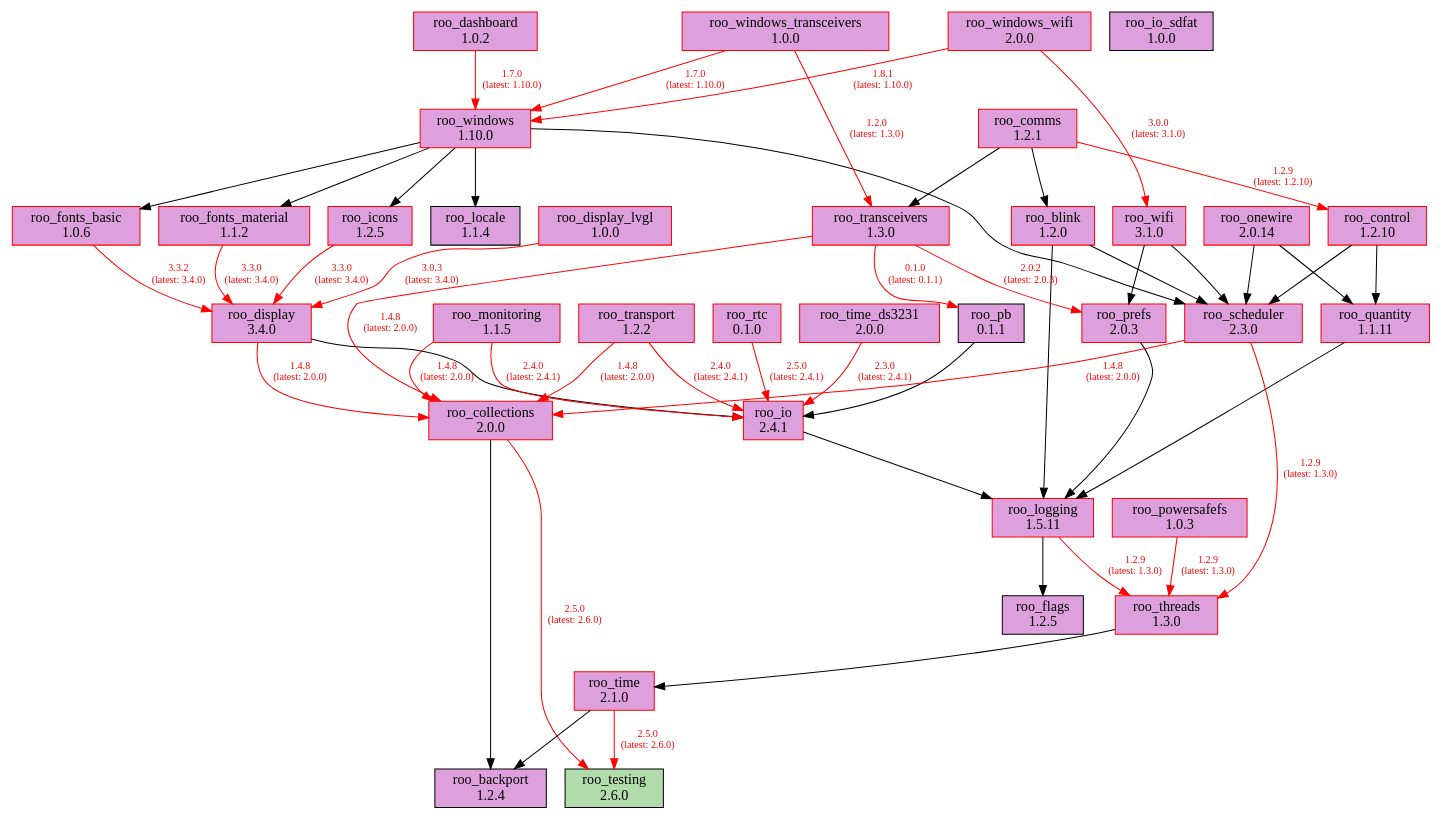
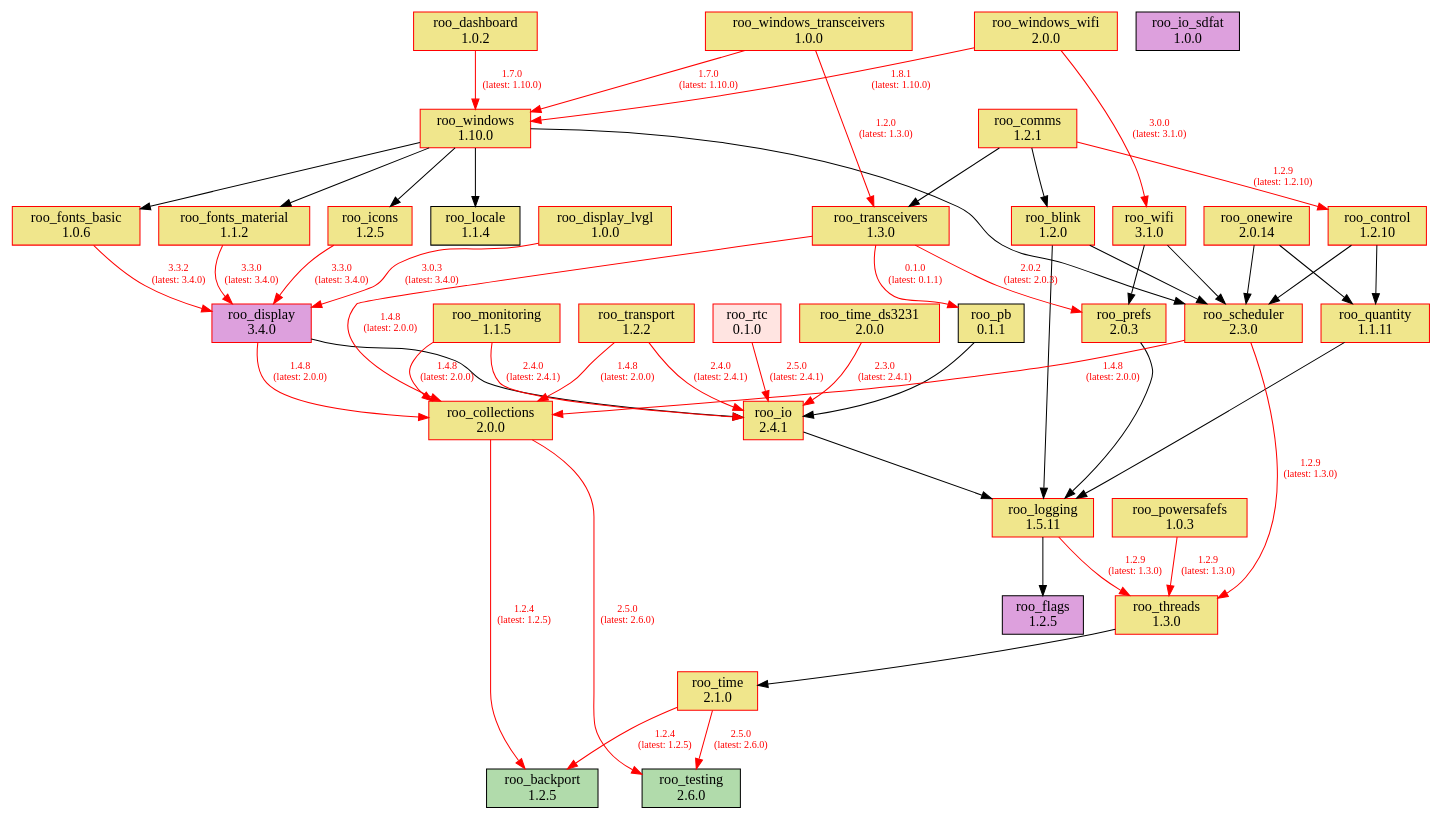
One commit to dejwk/roo-registry changed the diagram in doc/dependencies.dot. Above: the diagram before and after it, drawn with Graphviz. The commit also changed 3 other files, not shown here.

Commit message:
Added roo_backport 1.2.5 to the registry.

```diff
--- a/doc/dependencies.dot
+++ b/doc/dependencies.dot
@@ -1,93 +1,93 @@
 digraph dependencies {
     rankdir=TB;
     node [shape=box, style=filled];
     edge [fontsize=10];
 
     // Modules
-    "roo_backport" [label="roo_backport\n1.2.4", fillcolor="plum", color="black"];
-    "roo_blink" [label="roo_blink\n1.2.0", fillcolor="plum", color="red"];
-    "roo_collections" [label="roo_collections\n2.0.0", fillcolor="plum", color="red"];
-    "roo_comms" [label="roo_comms\n1.2.1", fillcolor="plum", color="red"];
-    "roo_control" [label="roo_control\n1.2.10", fillcolor="plum", color="red"];
-    "roo_dashboard" [label="roo_dashboard\n1.0.2", fillcolor="plum", color="red"];
+    "roo_backport" [label="roo_backport\n1.2.5", fillcolor="#b1dbab", color="black"];
+    "roo_blink" [label="roo_blink\n1.2.0", fillcolor="khaki", color="red"];
+    "roo_collections" [label="roo_collections\n2.0.0", fillcolor="khaki", color="red"];
+    "roo_comms" [label="roo_comms\n1.2.1", fillcolor="khaki", color="red"];
+    "roo_control" [label="roo_control\n1.2.10", fillcolor="khaki", color="red"];
+    "roo_dashboard" [label="roo_dashboard\n1.0.2", fillcolor="khaki", color="red"];
     "roo_display" [label="roo_display\n3.4.0", fillcolor="plum", color="red"];
-    "roo_display_lvgl" [label="roo_display_lvgl\n1.0.0", fillcolor="plum", color="red"];
+    "roo_display_lvgl" [label="roo_display_lvgl\n1.0.0", fillcolor="khaki", color="red"];
     "roo_flags" [label="roo_flags\n1.2.5", fillcolor="plum", color="black"];
-    "roo_fonts_basic" [label="roo_fonts_basic\n1.0.6", fillcolor="plum", color="red"];
-    "roo_fonts_material" [label="roo_fonts_material\n1.1.2", fillcolor="plum", color="red"];
-    "roo_icons" [label="roo_icons\n1.2.5", fillcolor="plum", color="red"];
-    "roo_io" [label="roo_io\n2.4.1", fillcolor="plum", color="red"];
+    "roo_fonts_basic" [label="roo_fonts_basic\n1.0.6", fillcolor="khaki", color="red"];
+    "roo_fonts_material" [label="roo_fonts_material\n1.1.2", fillcolor="khaki", color="red"];
+    "roo_icons" [label="roo_icons\n1.2.5", fillcolor="khaki", color="red"];
+    "roo_io" [label="roo_io\n2.4.1", fillcolor="khaki", color="red"];
     "roo_io_sdfat" [label="roo_io_sdfat\n1.0.0", fillcolor="plum", color="black"];
-    "roo_locale" [label="roo_locale\n1.1.4", fillcolor="plum", color="black"];
-    "roo_logging" [label="roo_logging\n1.5.11", fillcolor="plum", color="red"];
-    "roo_monitoring" [label="roo_monitoring\n1.1.5", fillcolor="plum", color="red"];
-    "roo_onewire" [label="roo_onewire\n2.0.14", fillcolor="plum", color="red"];
-    "roo_pb" [label="roo_pb\n0.1.1", fillcolor="plum", color="black"];
-    "roo_powersafefs" [label="roo_powersafefs\n1.0.3", fillcolor="plum", color="red"];
-    "roo_prefs" [label="roo_prefs\n2.0.3", fillcolor="plum", color="red"];
-    "roo_quantity" [label="roo_quantity\n1.1.11", fillcolor="plum", color="red"];
-    "roo_rtc" [label="roo_rtc\n0.1.0", fillcolor="plum", color="red"];
-    "roo_scheduler" [label="roo_scheduler\n2.3.0", fillcolor="plum", color="red"];
+    "roo_locale" [label="roo_locale\n1.1.4", fillcolor="khaki", color="black"];
+    "roo_logging" [label="roo_logging\n1.5.11", fillcolor="khaki", color="red"];
+    "roo_monitoring" [label="roo_monitoring\n1.1.5", fillcolor="khaki", color="red"];
+    "roo_onewire" [label="roo_onewire\n2.0.14", fillcolor="khaki", color="red"];
+    "roo_pb" [label="roo_pb\n0.1.1", fillcolor="khaki", color="black"];
+    "roo_powersafefs" [label="roo_powersafefs\n1.0.3", fillcolor="khaki", color="red"];
+    "roo_prefs" [label="roo_prefs\n2.0.3", fillcolor="khaki", color="red"];
+    "roo_quantity" [label="roo_quantity\n1.1.11", fillcolor="khaki", color="red"];
+    "roo_rtc" [label="roo_rtc\n0.1.0", fillcolor="mistyrose", color="red"];
+    "roo_scheduler" [label="roo_scheduler\n2.3.0", fillcolor="khaki", color="red"];
     "roo_testing" [label="roo_testing\n2.6.0", fillcolor="#b1dbab", color="black"];
-    "roo_threads" [label="roo_threads\n1.3.0", fillcolor="plum", color="red"];
-    "roo_time" [label="roo_time\n2.1.0", fillcolor="plum", color="red"];
-    "roo_time_ds3231" [label="roo_time_ds3231\n2.0.0", fillcolor="plum", color="red"];
-    "roo_transceivers" [label="roo_transceivers\n1.3.0", fillcolor="plum", color="red"];
-    "roo_transport" [label="roo_transport\n1.2.2", fillcolor="plum", color="red"];
-    "roo_wifi" [label="roo_wifi\n3.1.0", fillcolor="plum", color="red"];
-    "roo_windows" [label="roo_windows\n1.10.0", fillcolor="plum", color="red"];
-    "roo_windows_transceivers" [label="roo_windows_transceivers\n1.0.0", fillcolor="plum", color="red"];
-    "roo_windows_wifi" [label="roo_windows_wifi\n2.0.0", fillcolor="plum", color="red"];
+    "roo_threads" [label="roo_threads\n1.3.0", fillcolor="khaki", color="red"];
+    "roo_time" [label="roo_time\n2.1.0", fillcolor="khaki", color="red"];
+    "roo_time_ds3231" [label="roo_time_ds3231\n2.0.0", fillcolor="khaki", color="red"];
+    "roo_transceivers" [label="roo_transceivers\n1.3.0", fillcolor="khaki", color="red"];
+    "roo_transport" [label="roo_transport\n1.2.2", fillcolor="khaki", color="red"];
+    "roo_wifi" [label="roo_wifi\n3.1.0", fillcolor="khaki", color="red"];
+    "roo_windows" [label="roo_windows\n1.10.0", fillcolor="khaki", color="red"];
+    "roo_windows_transceivers" [label="roo_windows_transceivers\n1.0.0", fillcolor="khaki", color="red"];
+    "roo_windows_wifi" [label="roo_windows_wifi\n2.0.0", fillcolor="khaki", color="red"];
 
     // Dependencies
     "roo_blink" -> "roo_logging";
     "roo_blink" -> "roo_scheduler";
     "roo_collections" -> "roo_testing" [color=red, fontcolor=red, label="2.5.0\n(latest: 2.6.0)"];
-    "roo_collections" -> "roo_backport";
+    "roo_collections" -> "roo_backport" [color=red, fontcolor=red, label="1.2.4\n(latest: 1.2.5)"];
     "roo_comms" -> "roo_blink";
     "roo_comms" -> "roo_control" [color=red, fontcolor=red, label="1.2.9\n(latest: 1.2.10)"];
     "roo_comms" -> "roo_transceivers";
     "roo_control" -> "roo_quantity";
     "roo_control" -> "roo_scheduler";
     "roo_dashboard" -> "roo_windows" [color=red, fontcolor=red, label="1.7.0\n(latest: 1.10.0)"];
     "roo_display" -> "roo_collections" [color=red, fontcolor=red, label="1.4.8\n(latest: 2.0.0)"];
     "roo_display" -> "roo_io";
     "roo_display_lvgl" -> "roo_display" [color=red, fontcolor=red, label="3.0.3\n(latest: 3.4.0)"];
     "roo_fonts_basic" -> "roo_display" [color=red, fontcolor=red, label="3.3.2\n(latest: 3.4.0)"];
     "roo_fonts_material" -> "roo_display" [color=red, fontcolor=red, label="3.3.0\n(latest: 3.4.0)"];
     "roo_icons" -> "roo_display" [color=red, fontcolor=red, label="3.3.0\n(latest: 3.4.0)"];
     "roo_io" -> "roo_logging";
     "roo_logging" -> "roo_flags";
     "roo_logging" -> "roo_threads" [color=red, fontcolor=red, label="1.2.9\n(latest: 1.3.0)"];
     "roo_monitoring" -> "roo_collections" [color=red, fontcolor=red, label="1.4.8\n(latest: 2.0.0)"];
     "roo_monitoring" -> "roo_io" [color=red, fontcolor=red, label="2.4.0\n(latest: 2.4.1)"];
     "roo_onewire" -> "roo_scheduler";
     "roo_onewire" -> "roo_quantity";
     "roo_pb" -> "roo_io";
     "roo_powersafefs" -> "roo_threads" [color=red, fontcolor=red, label="1.2.9\n(latest: 1.3.0)"];
     "roo_prefs" -> "roo_logging";
     "roo_quantity" -> "roo_logging";
     "roo_rtc" -> "roo_io" [color=red, fontcolor=red, label="2.5.0\n(latest: 2.4.1)"];
     "roo_scheduler" -> "roo_collections" [color=red, fontcolor=red, label="1.4.8\n(latest: 2.0.0)"];
     "roo_scheduler" -> "roo_threads" [color=red, fontcolor=red, label="1.2.9\n(latest: 1.3.0)"];
     "roo_threads" -> "roo_time";
     "roo_time" -> "roo_testing" [color=red, fontcolor=red, label="2.5.0\n(latest: 2.6.0)"];
-    "roo_time" -> "roo_backport";
+    "roo_time" -> "roo_backport" [color=red, fontcolor=red, label="1.2.4\n(latest: 1.2.5)"];
     "roo_time_ds3231" -> "roo_io" [color=red, fontcolor=red, label="2.3.0\n(latest: 2.4.1)"];
     "roo_transceivers" -> "roo_pb" [color=red, fontcolor=red, label="0.1.0\n(latest: 0.1.1)"];
     "roo_transceivers" -> "roo_collections" [color=red, fontcolor=red, label="1.4.8\n(latest: 2.0.0)"];
     "roo_transceivers" -> "roo_prefs" [color=red, fontcolor=red, label="2.0.2\n(latest: 2.0.3)"];
     "roo_transport" -> "roo_collections" [color=red, fontcolor=red, label="1.4.8\n(latest: 2.0.0)"];
     "roo_transport" -> "roo_io" [color=red, fontcolor=red, label="2.4.0\n(latest: 2.4.1)"];
     "roo_wifi" -> "roo_prefs";
     "roo_wifi" -> "roo_scheduler";
     "roo_windows" -> "roo_fonts_basic";
     "roo_windows" -> "roo_fonts_material";
     "roo_windows" -> "roo_locale";
     "roo_windows" -> "roo_icons";
     "roo_windows" -> "roo_scheduler";
     "roo_windows_transceivers" -> "roo_transceivers" [color=red, fontcolor=red, label="1.2.0\n(latest: 1.3.0)"];
     "roo_windows_transceivers" -> "roo_windows" [color=red, fontcolor=red, label="1.7.0\n(latest: 1.10.0)"];
     "roo_windows_wifi" -> "roo_wifi" [color=red, fontcolor=red, label="3.0.0\n(latest: 3.1.0)"];
     "roo_windows_wifi" -> "roo_windows" [color=red, fontcolor=red, label="1.8.1\n(latest: 1.10.0)"];
 }
```
